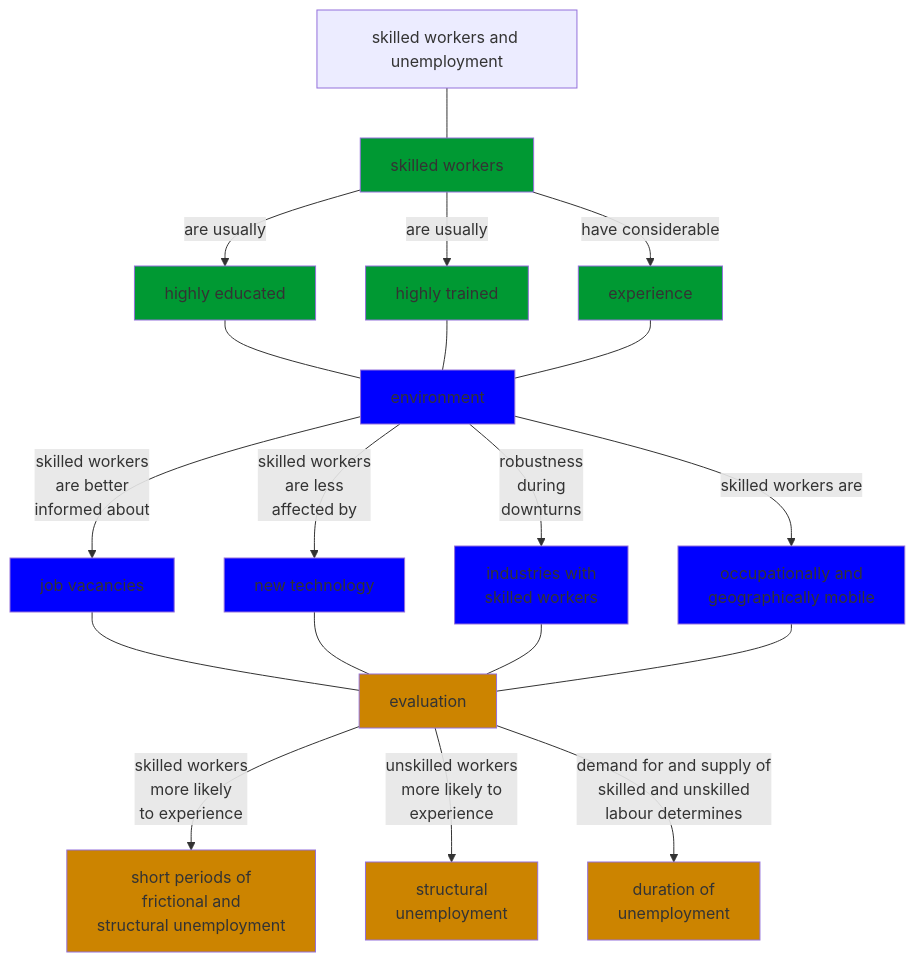
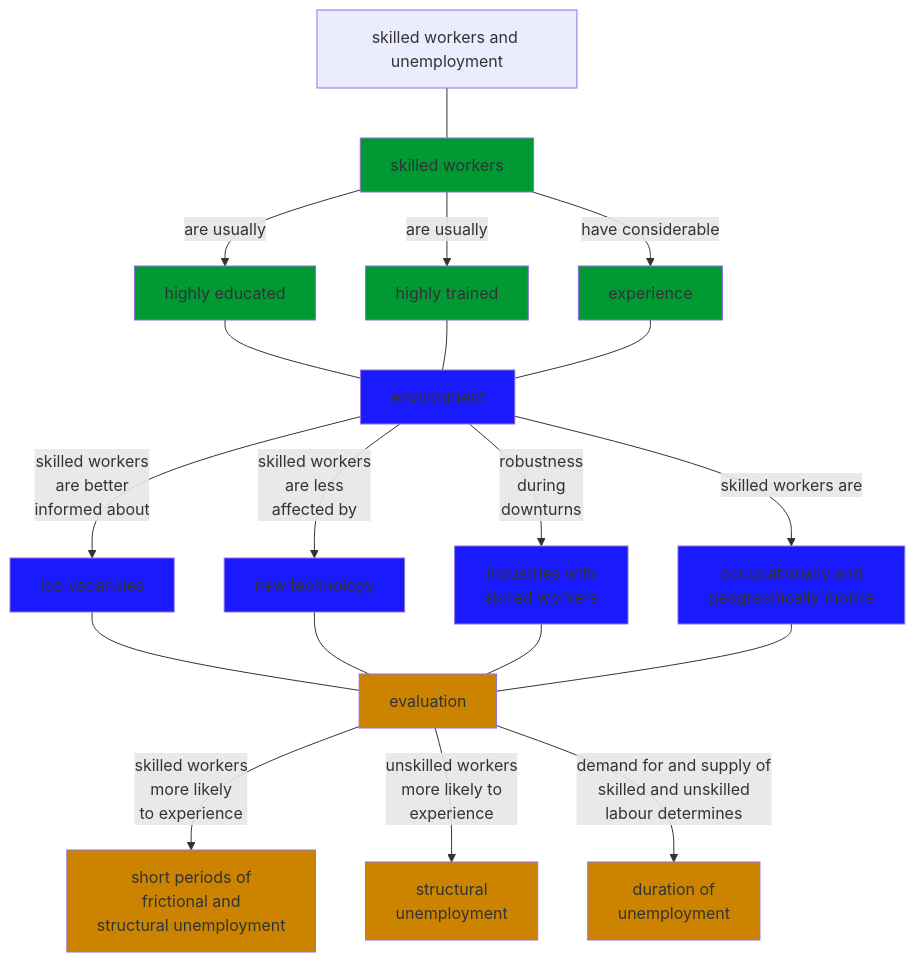
One commit to econmediadb/slides changed the second of 5 diagrams in docs/media/mermaid/2iec-econ-drq-unit4.md. Above: the diagram before and after it, drawn with Mermaid. The commit also changed other lines of this file and 1 other file, not shown here.

````diff
--- a/docs/media/mermaid/2iec-econ-drq-unit4.md
+++ b/docs/media/mermaid/2iec-econ-drq-unit4.md
@@ -40,38 +40,38 @@
 ```mermaid
 graph TD;
     A[skilled workers and unemployment] 
     A --- B[skilled workers]
     B  -- are usually --> B1[highly educated]
     B  -- are usually --> B2[highly trained]
     B  -- have considerable --> B3[experience]
     B1 --- C[environment]
     B2 --- C
     B3 --- C
     C -- skilled workers <br> are better <br> informed about --> D1[job vacancies]
     C -- skilled workers <br> are less <br> affected by --> D2[new technology]
     C -- robustness <br> during <br> downturns --> D3[industries with <br> skilled workers]   
     C -- skilled workers are --> D4[occupationally and <br> geographically mobile]
     D1 --- E[evaluation]
     D2 --- E
     D3 --- E
     D4 --- E
     E -- skilled workers <br> more likely <br> to experience --> F1[short periods of <br> frictional and <br> structural unemployment]
     E -- unskilled workers <br> more likely to <br> experience --> F2[structural <br> unemployment] 
     E -- demand for and supply of <br> skilled and unskilled <br> labour determines --> F3[duration of <br> unemployment]
 
     style B fill:#009933
     style B1 fill:#009933
     style B2 fill:#009933 
     style B3 fill:#009933       
 
-    style C fill:#0000FF   
-    style D1 fill:#0000FF  
-    style D2 fill:#0000FF  
-    style D3 fill:#0000FF     
-    style D4 fill:#0000FF  
+    style C fill:#1A1AFF   
+    style D1 fill:#1A1AFF  
+    style D2 fill:#1A1AFF  
+    style D3 fill:#1A1AFF     
+    style D4 fill:#1A1AFF  
 
     style E fill:#CC8400 
     style F1 fill:#CC8400 
     style F2 fill:#CC8400 
     style F3 fill:#CC8400 
 ```
````
